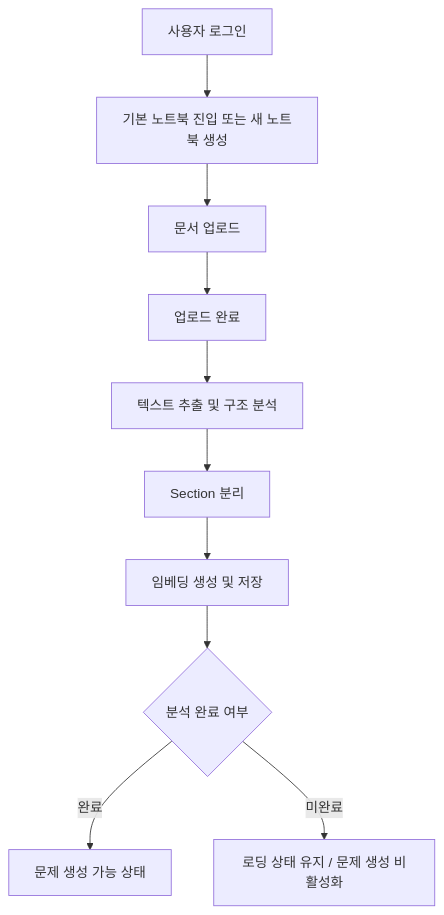
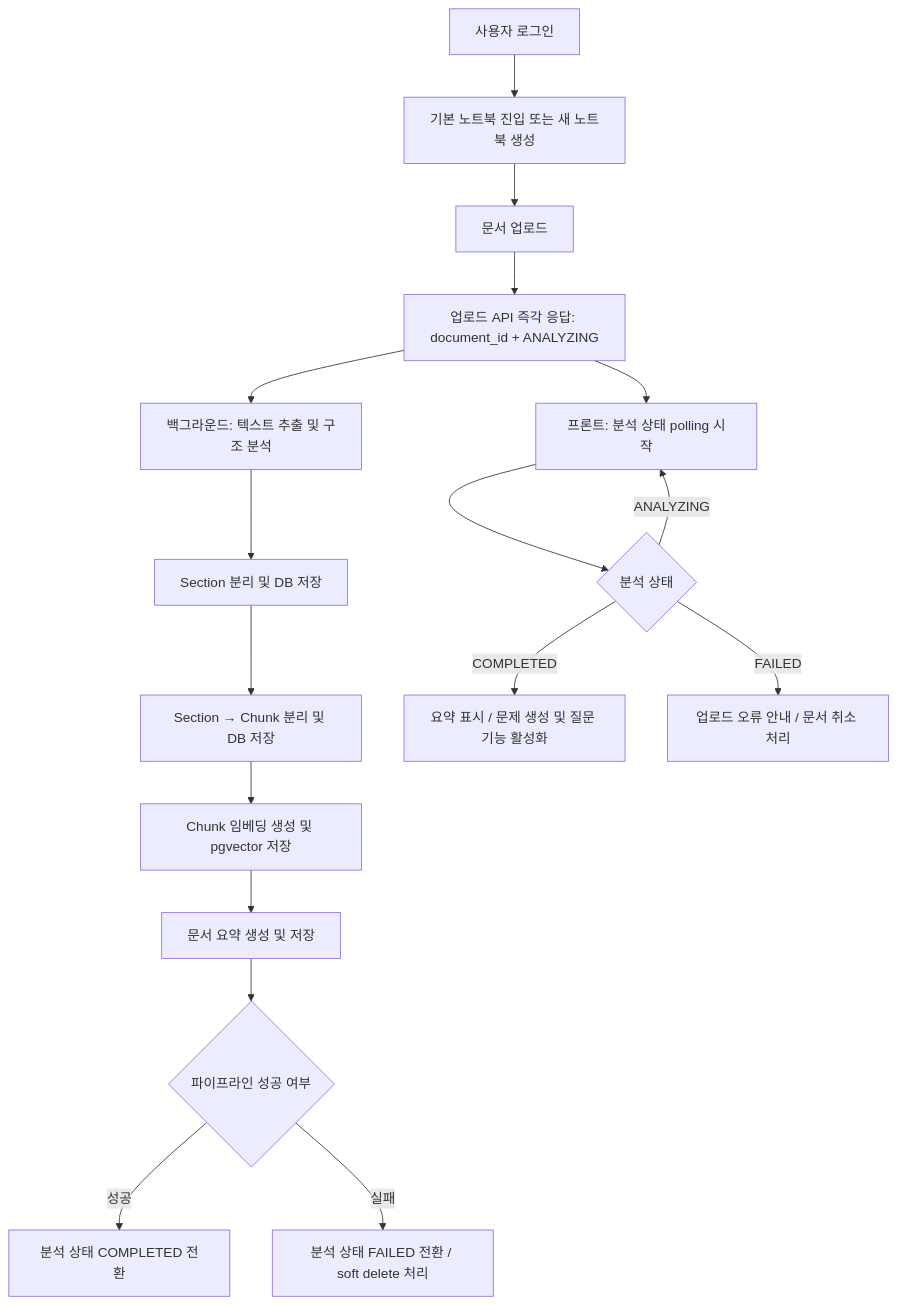
Before and after one commit to gitjs523/GPT_CapstoneDesign: the first of 10 diagrams in docs/flow-chart.md, drawn with Mermaid. The commit also changed other lines of this file and 22 other files, not shown here.

`````diff
--- a/docs/flow-chart.md
+++ b/docs/flow-chart.md
@@ -51,12 +59,19 @@
 ```mermaid
 flowchart TD
     A[사용자 로그인] --> B[기본 노트북 진입 또는 새 노트북 생성]
     B --> C[문서 업로드]
-    C --> D[업로드 완료]
-    D --> E[텍스트 추출 및 구조 분석]
-    E --> F[Section 분리]
-    F --> G[임베딩 생성 및 저장]
-    G --> H{분석 완료 여부}
-    H -- 완료 --> I[문제 생성 가능 상태]
-    H -- 미완료 --> J[로딩 상태 유지 / 문제 생성 비활성화]
+    C --> D[업로드 API 즉각 응답: document_id + ANALYZING]
+    D --> E[백그라운드: 텍스트 추출 및 구조 분석]
+    E --> F[Section 분리 및 DB 저장]
+    F --> F2[Section → Chunk 분리 및 DB 저장]
+    F2 --> G[Chunk 임베딩 생성 및 pgvector 저장]
+    G --> G2[문서 요약 생성 및 저장]
+    G2 --> G3{파이프라인 성공 여부}
+    G3 -- 성공 --> G4[분석 상태 COMPLETED 전환]
+    G3 -- 실패 --> G5[분석 상태 FAILED 전환 / soft delete 처리]
+    D --> P[프론트: 분석 상태 polling 시작]
+    P --> H{분석 상태}
+    H -- ANALYZING --> P
+    H -- COMPLETED --> I[요약 표시 / 문제 생성 및 질문 기능 활성화]
+    H -- FAILED --> J[업로드 오류 안내 / 문서 취소 처리]
 ````
`````
